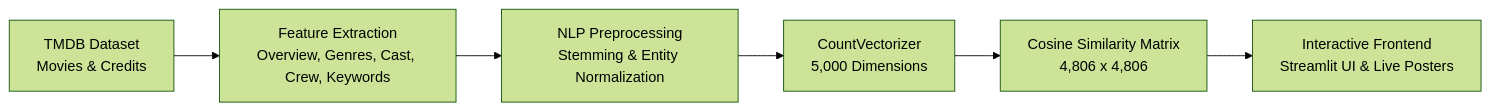
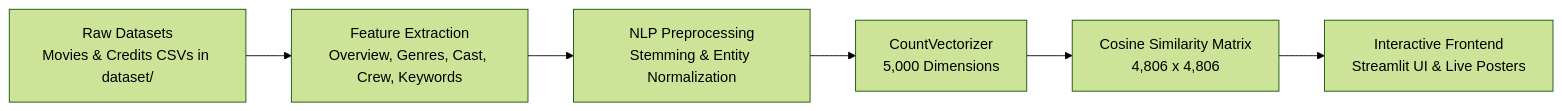
One commit to Aniketsingh-45/movie_recommanding_system changed the diagram in README.md. Above: the diagram before and after it, drawn with Mermaid (forest theme). The commit also changed other lines of this file, not shown here.

Commit message:
docs: update README with dataset and model folder structure

````diff
--- a/README.md
+++ b/README.md
@@ -45,8 +45,8 @@
 ```mermaid
 flowchart LR
-    A[TMDB Dataset\nMovies & Credits] --> B[Feature Extraction\nOverview, Genres, Cast, Crew, Keywords]
+    A[Raw Datasets\nMovies & Credits CSVs in dataset/] --> B[Feature Extraction\nOverview, Genres, Cast, Crew, Keywords]
     B --> C[NLP Preprocessing\nStemming & Entity Normalization]
     C --> D[CountVectorizer\n5,000 Dimensions]
     D --> E[Cosine Similarity Matrix\n4,806 x 4,806]
     E --> F[Interactive Frontend\nStreamlit UI & Live Posters]
 ```
````
